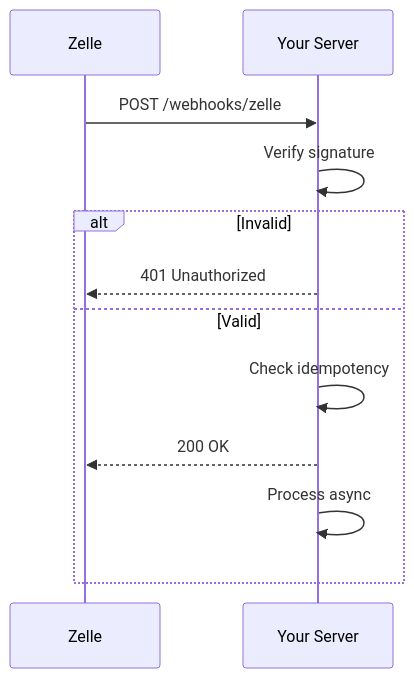
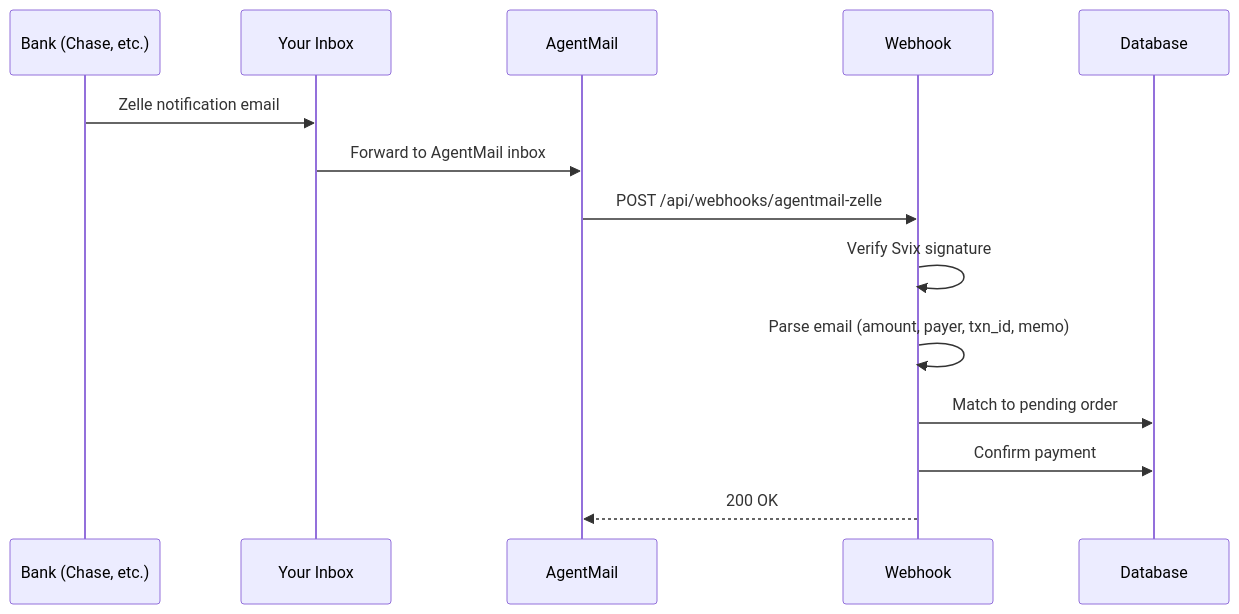
The diagram in docs/zellewebhook.md (peptidehackers/reviews22), drawn with Mermaid before and after one commit. The commit also changed other lines of this file and 25 other files, not shown here.

````diff
--- a/docs/zellewebhook.md
+++ b/docs/zellewebhook.md
@@ -7,15 +7,17 @@
 ```mermaid
 sequenceDiagram
-    participant Z as Zelle
-    participant Y as Your Server
+    participant B as Bank (Chase, etc.)
+    participant I as Your Inbox
+    participant A as AgentMail
+    participant W as Webhook
+    participant D as Database
 
-    Z->>Y: POST /webhooks/zelle
-    Y->>Y: Verify signature
-    alt Invalid
-        Y-->>Z: 401 Unauthorized
-    else Valid
-        Y->>Y: Check idempotency
-        Y-->>Z: 200 OK
-        Y->>Y: Process async
-    end
+    B->>I: Zelle notification email
+    I->>A: Forward to AgentMail inbox
+    A->>W: POST /api/webhooks/agentmail-zelle
+    W->>W: Verify Svix signature
+    W->>W: Parse email (amount, payer, txn_id, memo)
+    W->>D: Match to pending order
+    W->>D: Confirm payment
+    W-->>A: 200 OK
 ```
````
